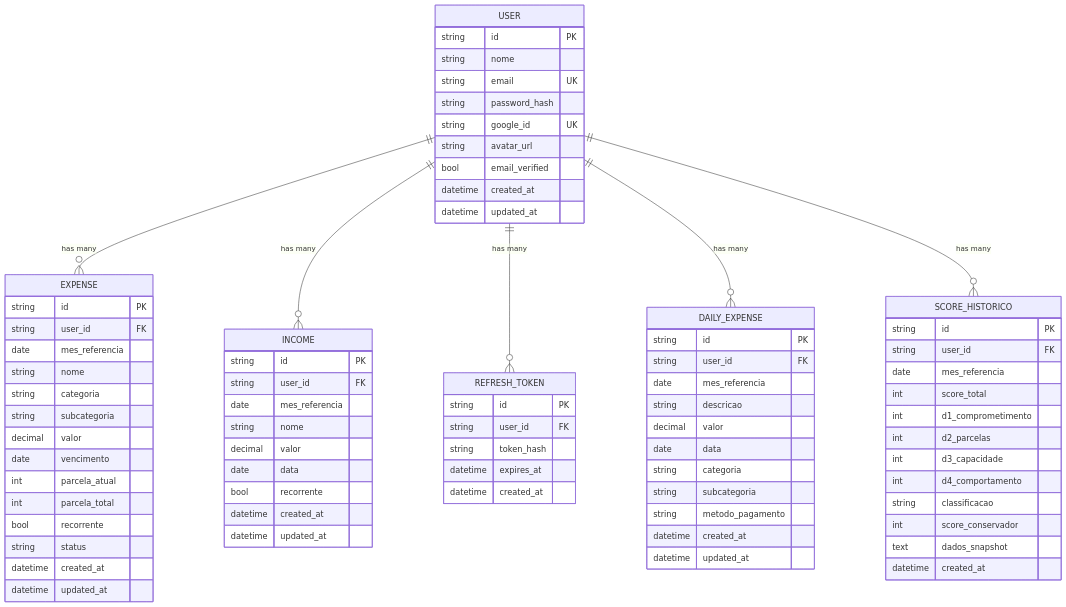
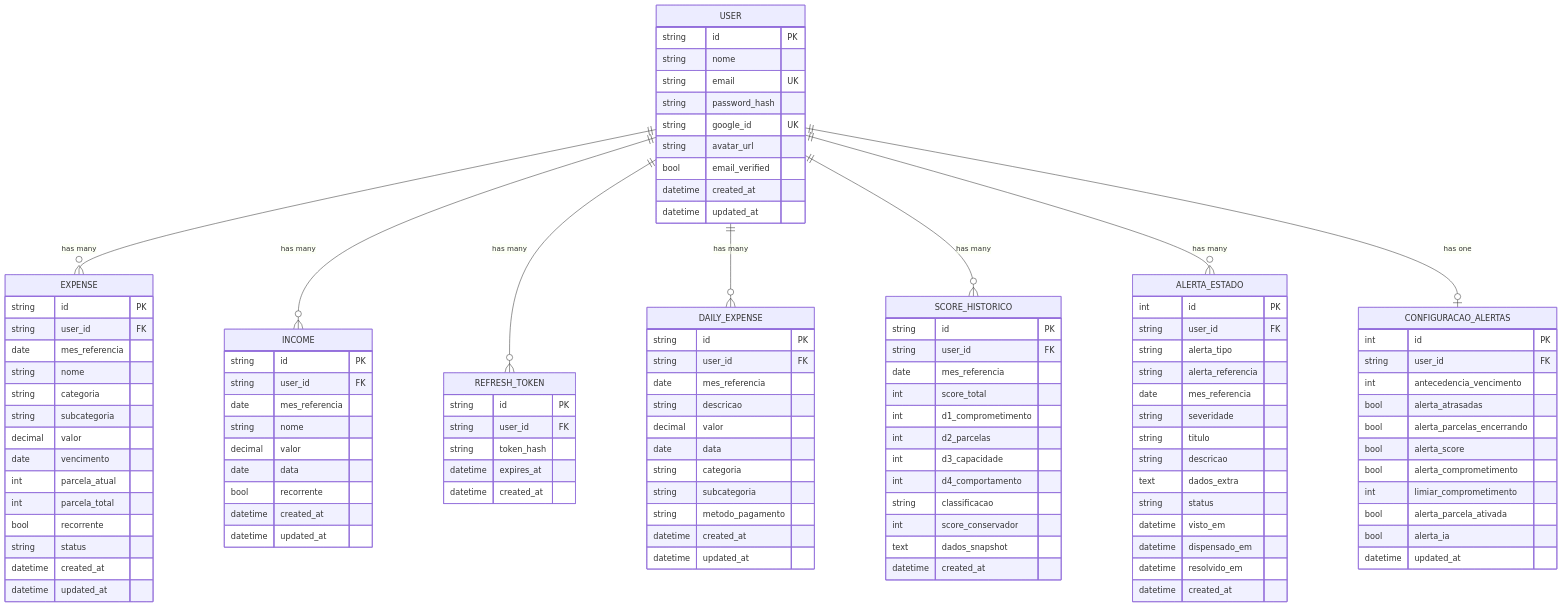
One commit to RafaelPeixoto01/meu-controle changed the second of 3 diagrams in docs/02-ARCHITECTURE.md. Above: the diagram before and after it, drawn with Mermaid. The commit also changed other lines of this file and 4 other files, not shown here.

````diff
--- a/docs/02-ARCHITECTURE.md
+++ b/docs/02-ARCHITECTURE.md
@@ -201,6 +203,8 @@
     USER ||--o{ REFRESH_TOKEN : "has many"
     USER ||--o{ DAILY_EXPENSE : "has many"
     USER ||--o{ SCORE_HISTORICO : "has many"
+    USER ||--o{ ALERTA_ESTADO : "has many"
+    USER ||--o| CONFIGURACAO_ALERTAS : "has one"
 
     USER {
         string id PK
@@ -274,4 +278,33 @@
         text dados_snapshot
         datetime created_at
     }
+    ALERTA_ESTADO {
+        int id PK
+        string user_id FK
+        string alerta_tipo
+        string alerta_referencia
+        date mes_referencia
+        string severidade
+        string titulo
+        string descricao
+        text dados_extra
+        string status
+        datetime visto_em
+        datetime dispensado_em
+        datetime resolvido_em
+        datetime created_at
+    }
+    CONFIGURACAO_ALERTAS {
+        int id PK
+        string user_id FK
+        int antecedencia_vencimento
+        bool alerta_atrasadas
+        bool alerta_parcelas_encerrando
+        bool alerta_score
+        bool alerta_comprometimento
+        int limiar_comprometimento
+        bool alerta_parcela_ativada
+        bool alerta_ia
+        datetime updated_at
+    }
 ```
````
